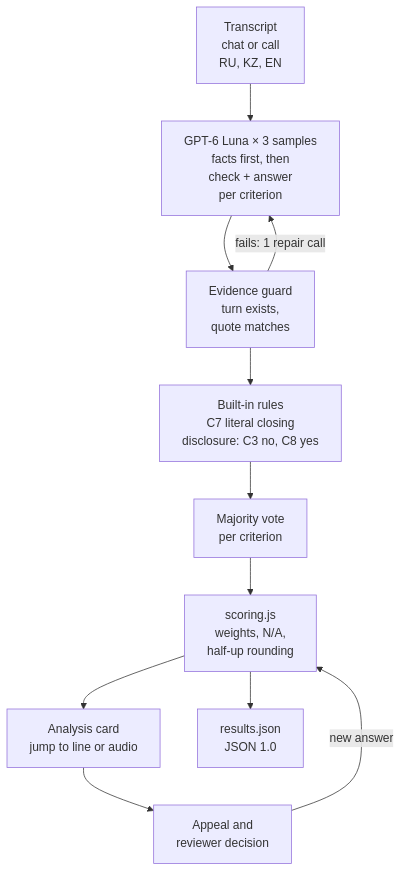
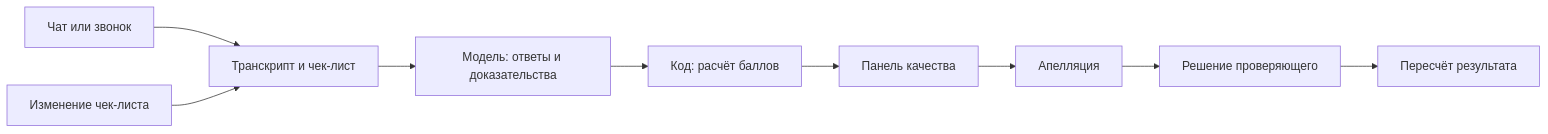
The diagram in README.md (tairqaldy/doomdatathon-yatebyamognu), drawn with Mermaid before and after one commit. The commit also changed other lines of this file, not shown here.

````diff
--- a/README.md
+++ b/README.md
@@ -204,13 +99,11 @@
 ```mermaid
-flowchart TD
-    A["Transcript<br/>chat or call<br/>RU, KZ, EN"] --> B["GPT-6 Luna × 3 samples<br/>facts first, then<br/>check + answer<br/>per criterion"]
-    B --> C["Evidence guard<br/>turn exists,<br/>quote matches"]
-    C -- "fails: 1 repair call" --> B
-    C --> D["Built-in rules<br/>C7 literal closing<br/>disclosure: C3 no, C8 yes"]
-    D --> E["Majority vote<br/>per criterion"]
-    E --> F["scoring.js<br/>weights, N/A,<br/>half-up rounding"]
-    F --> G["Analysis card<br/>jump to line or audio"]
-    F --> I["results.json<br/>JSON 1.0"]
-    G --> H["Appeal and<br/>reviewer decision"]
-    H -- "new answer" --> F
+flowchart LR
+    A["Чат или звонок"] --> B["Транскрипт и чек-лист"]
+    B --> C["Модель: ответы и доказательства"]
+    C --> D["Код: расчёт баллов"]
+    D --> E["Панель качества"]
+    E --> F["Апелляция"]
+    F --> G["Решение проверяющего"]
+    G --> H["Пересчёт результата"]
+    I["Изменение чек-листа"] --> B
 ```
````
